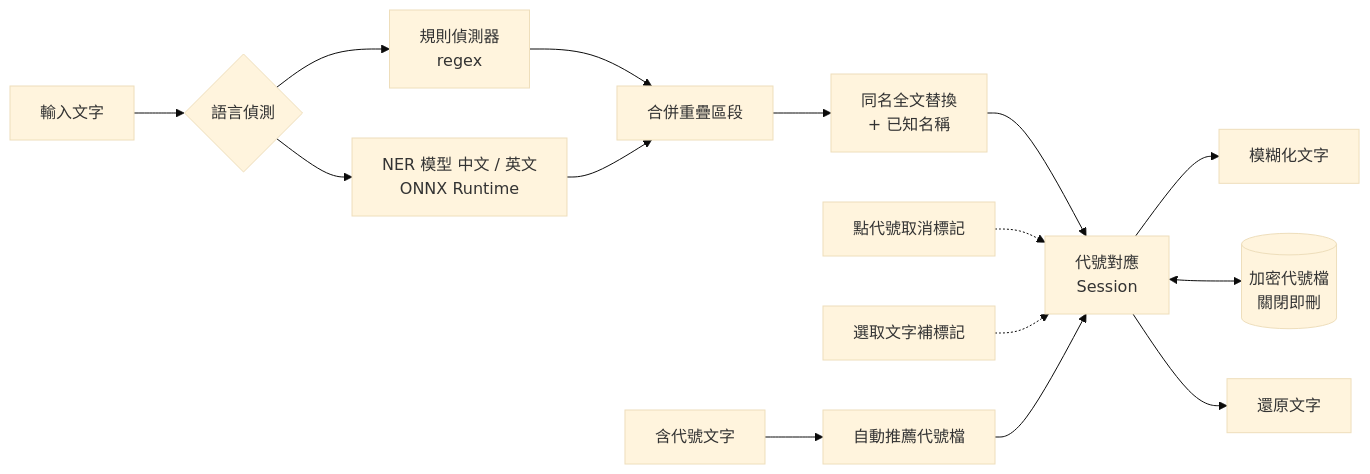
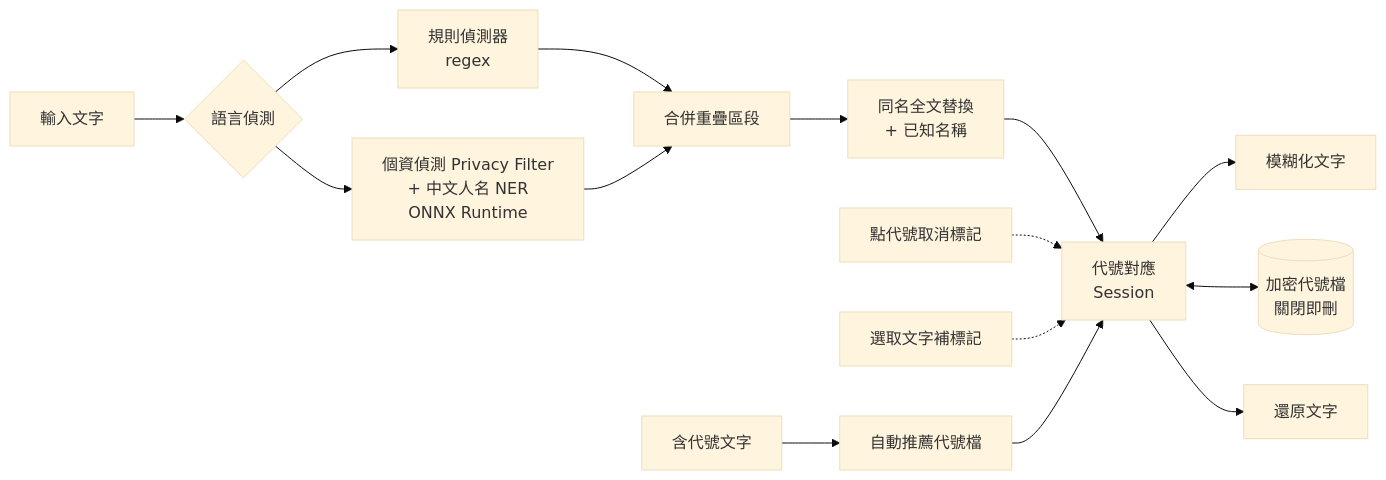
The diagram in README.md (AquilaWei/DataFuzzy), drawn with Mermaid (base theme) before and after one commit. The commit also changed other lines of this file and 17 other files, not shown here.

Commit message:
feat: switch to openai/privacy-filter for personal data, add names-only scope

````diff
--- a/README.md
+++ b/README.md
@@ -122,17 +125,17 @@
 ```mermaid
 flowchart LR
     A[輸入文字] --> B{語言偵測}
     B --> C[規則偵測器<br/>regex]
-    B --> D[NER 模型 中文 / 英文<br/>ONNX Runtime]
+    B --> D[個資偵測 Privacy Filter<br/>+ 中文人名 NER<br/>ONNX Runtime]
     C --> E[合併重疊區段]
     D --> E
     E --> K[同名全文替換<br/>+ 已知名稱]
     K --> F[代號對應<br/>Session]
     F --> G[模糊化文字]
     F <--> H[(加密代號檔<br/>關閉即刪)]
     L[點代號取消標記] -.-> F
     M[選取文字補標記] -.-> F
     I[含代號文字] --> R[自動推薦代號檔]
     R --> F
     F --> J[還原文字]
 ```
````
